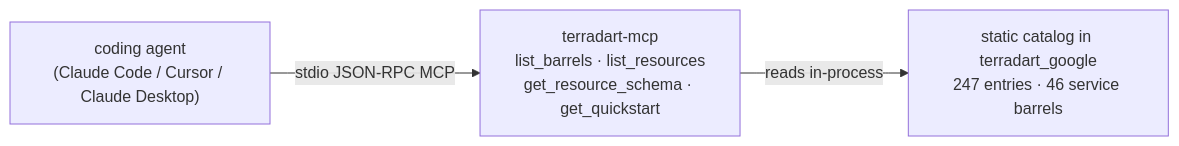
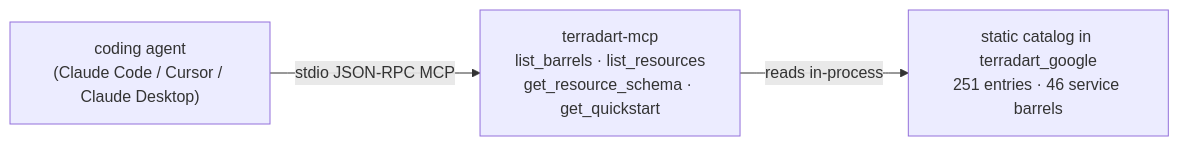
The diagram in website/src/content/docs/docs/agent/index.md (nozomi-koborinai/terradart), drawn with Mermaid before and after one commit. The commit also changed other lines of this file and 32 other files, not shown here.

````diff
--- a/website/src/content/docs/docs/agent/index.md
+++ b/website/src/content/docs/docs/agent/index.md
@@ -12,8 +12,8 @@
 ```mermaid
 graph LR
   agent["coding agent<br/>(Claude Code / Cursor / Claude Desktop)"]
   mcp["terradart-mcp<br/>list_barrels · list_resources<br/>get_resource_schema · get_quickstart"]
-  catalog["static catalog in terradart_google<br/>247 entries · 46 service barrels"]
+  catalog["static catalog in terradart_google<br/>251 entries · 46 service barrels"]
   agent -->|stdio JSON-RPC MCP| mcp
   mcp -->|reads in-process| catalog
 ```
````
